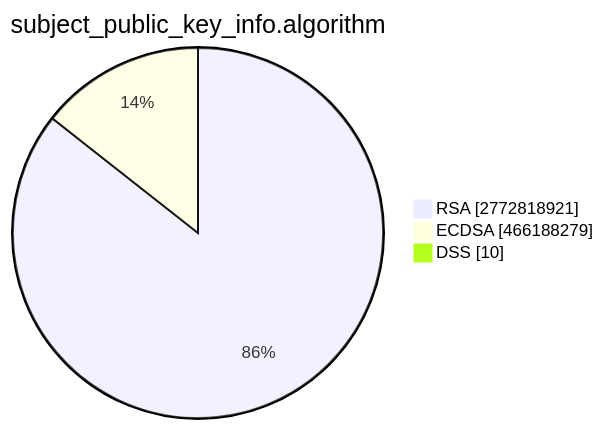
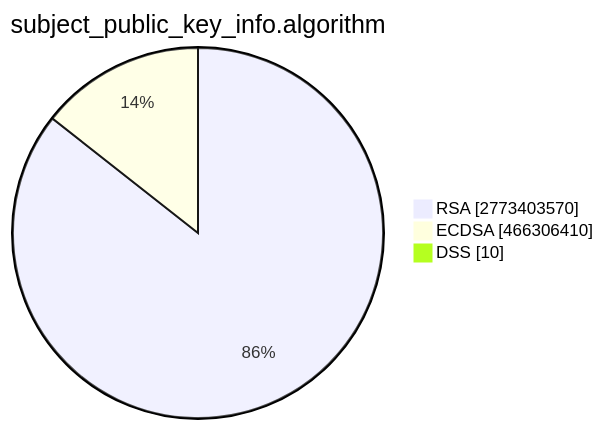
The second of 15 diagrams in TOTAL/README.md (christiankrug/ctmonitor_visualization), drawn with Mermaid before and after one commit. The commit also changed other lines of this file, not shown here.

````diff
--- a/TOTAL/README.md
+++ b/TOTAL/README.md
@@ -6,7 +6,7 @@
 ```mermaid
 pie showData
 title subject_public_key_info.algorithm
-"RSA" :2772818921
-"ECDSA" :466188279
+"RSA" :2773403570
+"ECDSA" :466306410
 "DSS" :10
 ```
````
